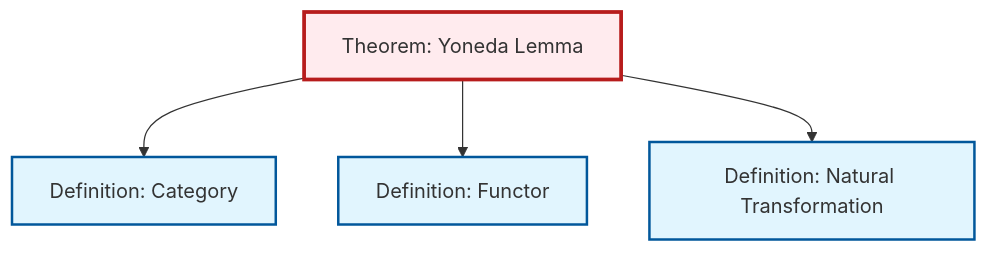
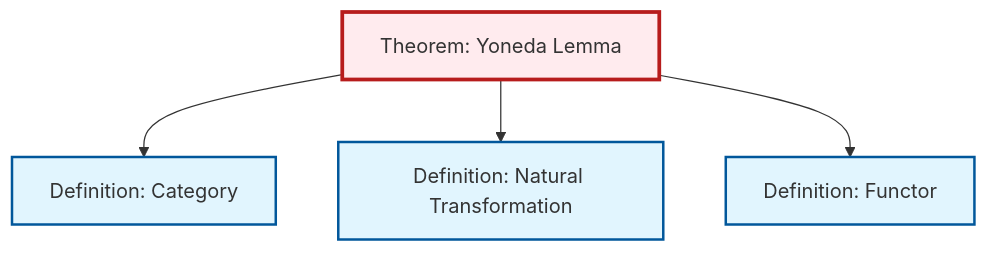
Before and after one commit to RK0429/ModernMath: the diagram in content/en/category-theory/thm-yoneda.qmd, drawn with Mermaid. The commit also changed other lines of this file and 581 other files, not shown here.

````diff
--- a/content/en/category-theory/thm-yoneda.qmd
+++ b/content/en/category-theory/thm-yoneda.qmd
@@ -88,20 +88,20 @@
 ```{mermaid}
 %%| fig-cap: "Local dependency graph"
 graph TD
     classDef definition fill:#e1f5fe,stroke:#01579b,stroke-width:2px
     classDef theorem fill:#f3e5f5,stroke:#4a148c,stroke-width:2px
     classDef axiom fill:#fff3e0,stroke:#e65100,stroke-width:2px
     classDef example fill:#e8f5e9,stroke:#1b5e20,stroke-width:2px
     classDef current fill:#ffebee,stroke:#b71c1c,stroke-width:3px
     def-functor["Definition: Functor"]:::definition
-    thm-yoneda["Theorem: Yoneda Lemma"]:::theorem
     def-category["Definition: Category"]:::definition
     def-natural-transformation["Definition: Natural Transformation"]:::definition
+    thm-yoneda["Theorem: Yoneda Lemma"]:::theorem
     thm-yoneda --> def-category
+    thm-yoneda --> def-natural-transformation
     thm-yoneda --> def-functor
-    thm-yoneda --> def-natural-transformation
     class thm-yoneda current
     click def-functor "def-functor.html" "Go to Functor definition"
     click def-category "def-category.html" "Go to Category definition"
     click def-natural-transformation "def-natural-transformation.html" "Go to Natural Transformation definition"
 ```
````
